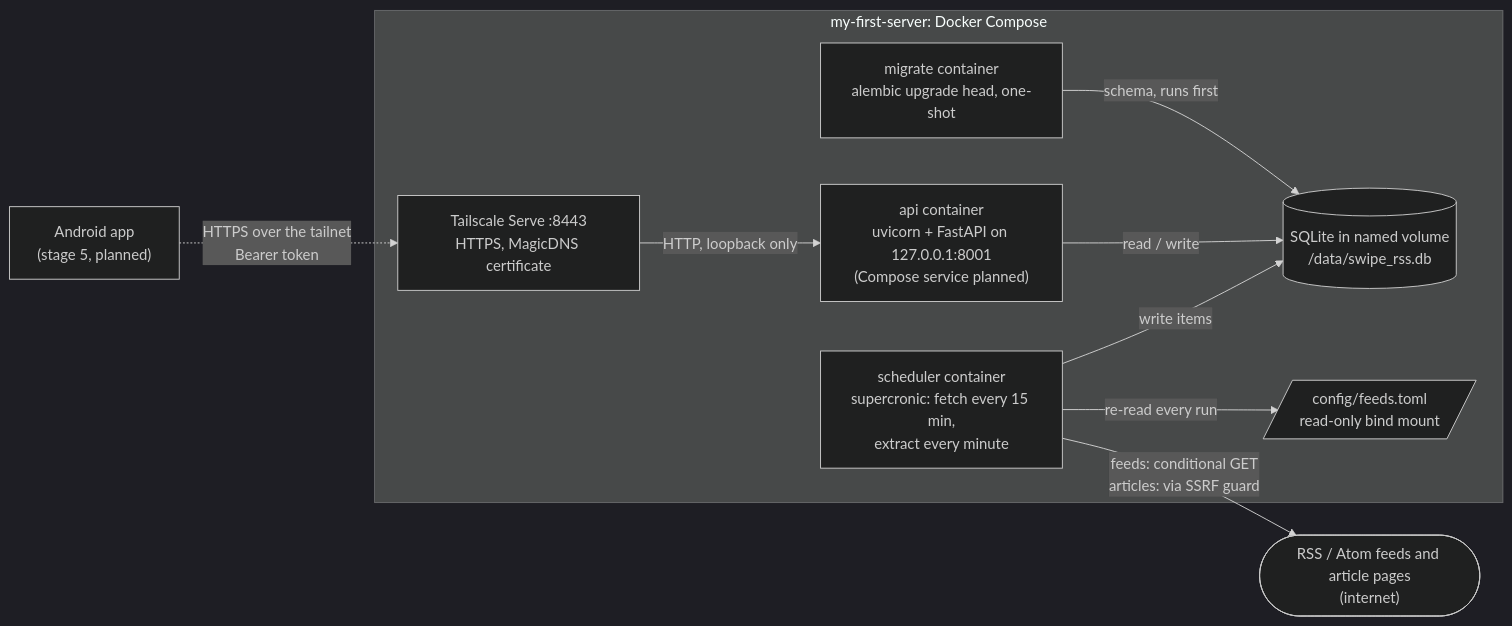
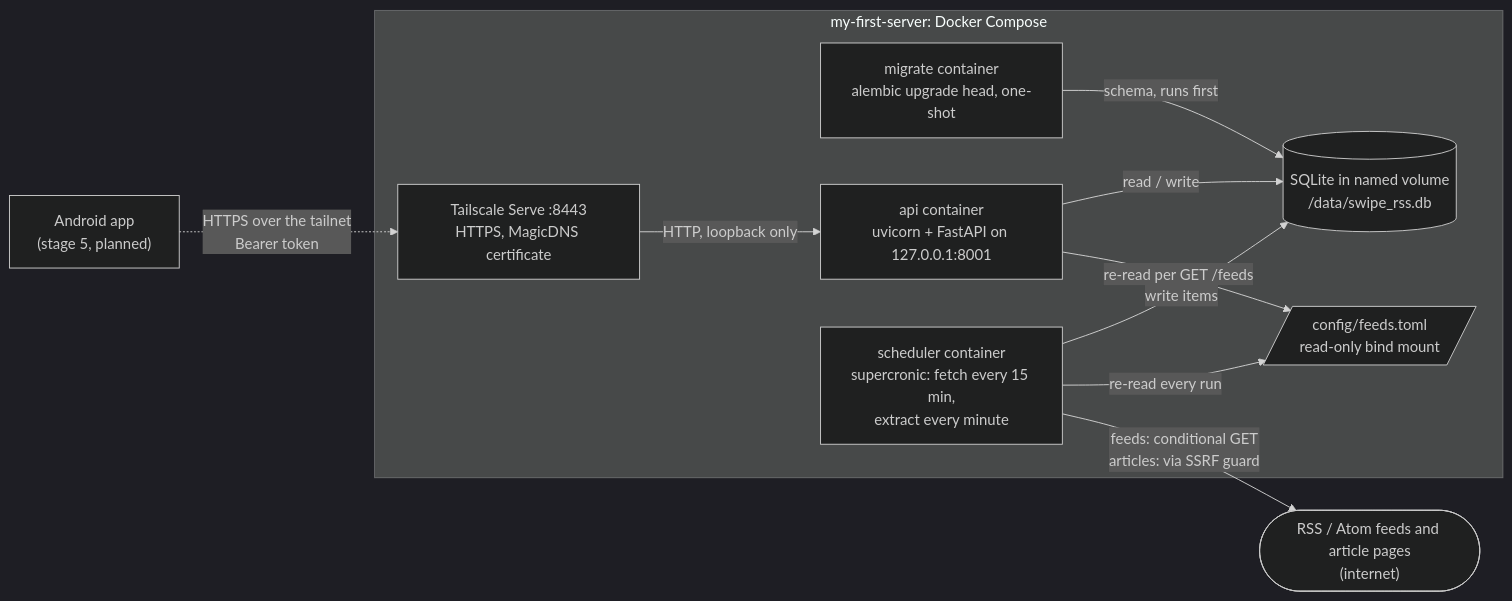
The first of 18 diagrams in docs/architecture.md (shanirub/swipe-rss-reader), drawn with Mermaid (dark theme) before and after one commit. The commit also changed other lines of this file and 6 other files, not shown here.

First line of the commit message:
Add api Compose service

````diff
--- a/docs/architecture.md
+++ b/docs/architecture.md
@@ -27,22 +27,23 @@
 ```mermaid
 flowchart LR
     feeds(["RSS / Atom feeds and article pages<br/>(internet)"])
     app["Android app<br/>(stage 5, planned)"]
 
     subgraph server["my-first-server: Docker Compose"]
         migrate["migrate container<br/>alembic upgrade head, one-shot"]
         serve["Tailscale Serve :8443<br/>HTTPS, MagicDNS certificate"]
-        api["api container<br/>uvicorn + FastAPI on 127.0.0.1:8001<br/>(Compose service planned)"]
+        api["api container<br/>uvicorn + FastAPI on 127.0.0.1:8001"]
         db[("SQLite in named volume<br/>/data/swipe_rss.db")]
         sched["scheduler container<br/>supercronic: fetch every 15 min,<br/>extract every minute"]
         cfg[/"config/feeds.toml<br/>read-only bind mount"/]
     end
 
     migrate -- "schema, runs first" --> db
     app -. "HTTPS over the tailnet<br/>Bearer token" .-> serve
     serve -- "HTTP, loopback only" --> api
     api -- "read / write" --> db
     sched -- "write items" --> db
     sched -- "re-read every run" --> cfg
+    api -- "re-read per GET /feeds" --> cfg
     sched -- "feeds: conditional GET<br/>articles: via SSRF guard" --> feeds
 ```
````
